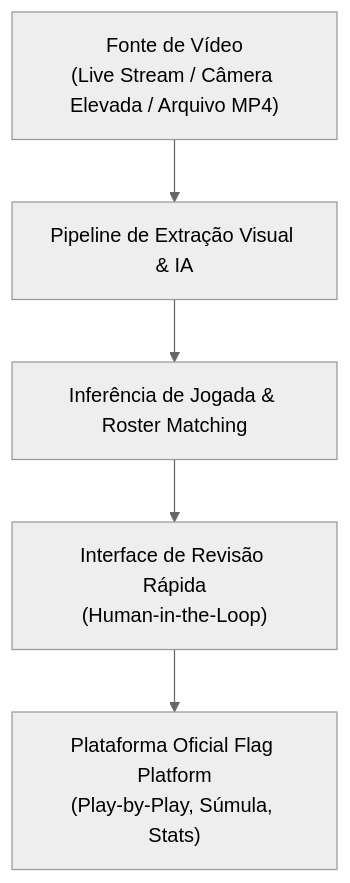
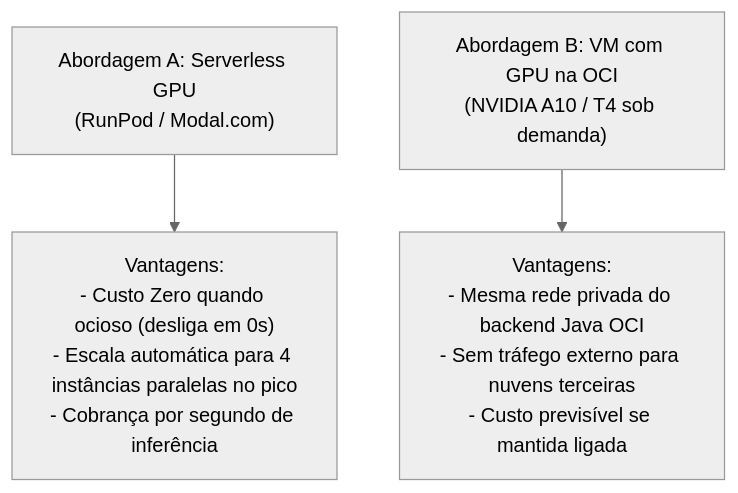
Before and after one commit to cesargranelli/flag_platform_docs: the second of 2 diagrams in architecture/modelo-extracao-dados-video-jogadas.md, drawn with Mermaid (neutral theme). The commit also changed other lines of this file and 1 other file, not shown here.

````diff
--- a/architecture/modelo-extracao-dados-video-jogadas.md
+++ b/architecture/modelo-extracao-dados-video-jogadas.md
@@ -24,7 +157,8 @@
 ```mermaid
 flowchart TD
-    VideoSource["Fonte de Vídeo\n(Live Stream / Câmera Elevada / Arquivo MP4)"] --> Pipeline["Pipeline de Extração Visual & IA"]
-    Pipeline --> Inference["Inferência de Jogada & Roster Matching"]
-    Inference --> HumanReview["Interface de Revisão Rápida\n(Human-in-the-Loop)"]
-    HumanReview --> Platform["Plataforma Oficial Flag Platform\n(Play-by-Play, Súmula, Stats)"]
+    OptionA["Abordagem A: Serverless GPU\n(RunPod / Modal.com)"]
+    OptionB["Abordagem B: VM com GPU na OCI\n(NVIDIA A10 / T4 sob demanda)"]
+    
+    OptionA --> ProsA["Vantagens:\n- Custo Zero quando ocioso (desliga em 0s)\n- Escala automática para 4 instâncias paralelas no pico\n- Cobrança por segundo de inferência"]
+    OptionB --> ProsB["Vantagens:\n- Mesma rede privada do backend Java OCI\n- Sem tráfego externo para nuvens terceiras\n- Custo previsível se mantida ligada"]
 ```
````
